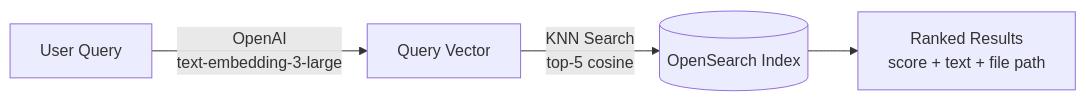
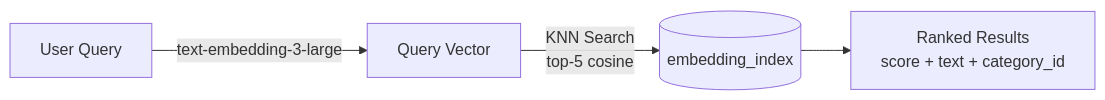
The second of 2 diagrams in README.md (janardhanjayanthS/opensearch_sbert_POC), drawn with Mermaid before and after one commit. The commit also changed other lines of this file, not shown here.

````diff
--- a/README.md
+++ b/README.md
@@ -28,6 +33,6 @@
 ```mermaid
 flowchart LR
-    A[User Query] -->|OpenAI\ntext-embedding-3-large| B[Query Vector]
-    B -->|KNN Search\ntop-5 cosine| C[(OpenSearch Index)]
-    C --> D[Ranked Results\nscore + text + file path]
+    A[User Query] -->|text-embedding-3-large| B[Query Vector]
+    B -->|KNN Search\ntop-5 cosine| C[(embedding_index)]
+    C --> D[Ranked Results\nscore + text + category_id]
 ```
````
